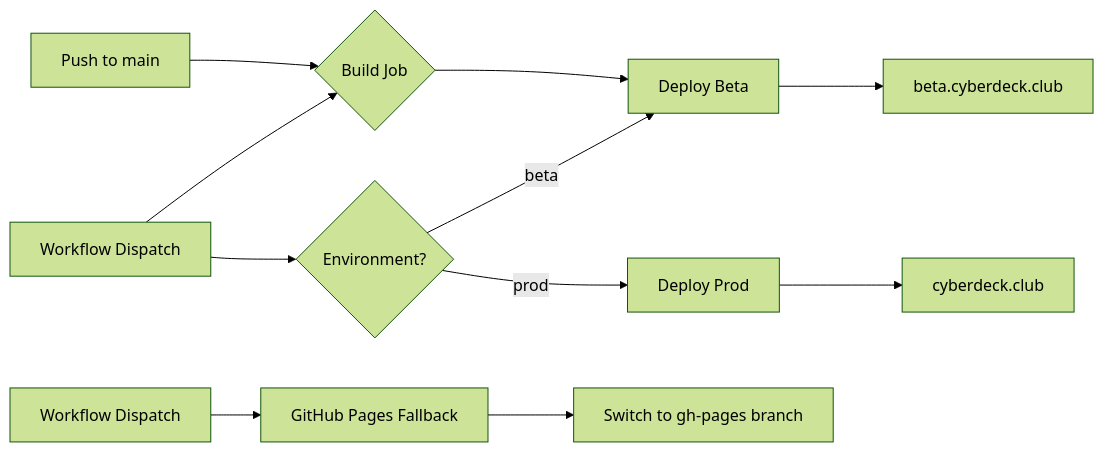
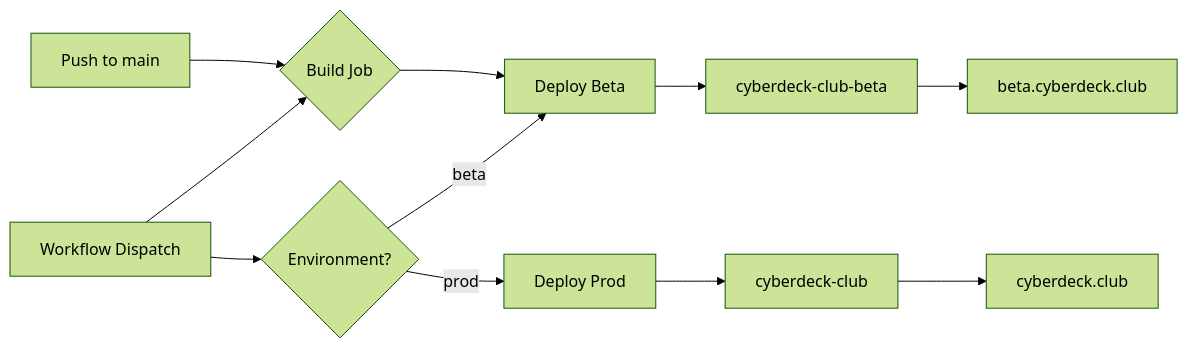
The diagram in docs/DEPLOYMENT.md (cyberdeck-club/cyberdeck.club), drawn with Mermaid (forest theme) before and after one commit. The commit also changed other lines of this file and 7 other files, not shown here.

````diff
--- a/docs/DEPLOYMENT.md
+++ b/docs/DEPLOYMENT.md
@@ -25,15 +29,14 @@
 ```mermaid
 flowchart LR
     A[Push to main] --> B{Build Job}
     B --> C[Deploy Beta]
-    C --> D[beta.cyberdeck.club]
+    C --> D[cyberdeck-club-beta]
+    D --> E[beta.cyberdeck.club]
     
-    E[Workflow Dispatch] --> B
-    E --> F{Environment?}
-    F -->|beta| C
-    F -->|prod| G[Deploy Prod]
-    G --> H[cyberdeck.club]
-    
-    I[Workflow Dispatch] --> J[GitHub Pages Fallback]
-    J --> K[Switch to gh-pages branch]
+    F[Workflow Dispatch] --> B
+    F --> G{Environment?}
+    G -->|beta| C
+    G -->|prod| H[Deploy Prod]
+    H --> I[cyberdeck-club]
+    I --> J[cyberdeck.club]
 ```
````
